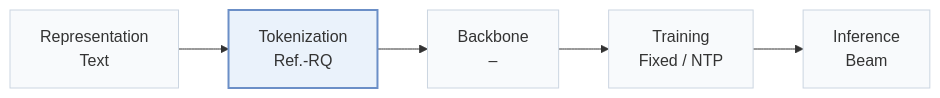
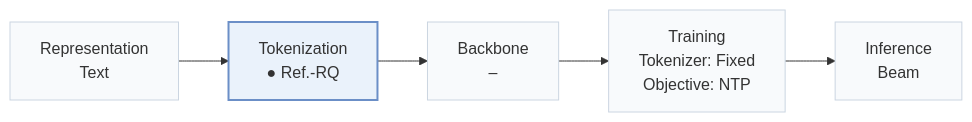
One commit to Galaxy-ghost/Awesome-SID-Generative-Rec changed the first of 2 diagrams in pages/papers/r3-vae.md. Above: the diagram before and after it, drawn with Mermaid. The commit also changed other lines of this file and 558 other files, not shown here.

````diff
--- a/pages/papers/r3-vae.md
+++ b/pages/papers/r3-vae.md
@@ -15,8 +18,8 @@
 ```mermaid
 flowchart LR
-    R["Representation<br/>Text"] --> T["Tokenization<br/>Ref.-RQ"] --> B["Backbone<br/>–"] --> TR["Training<br/>Fixed / NTP"] --> I["Inference<br/>Beam"]
+    R["Representation<br/>Text"] --> T["Tokenization<br/>● Ref.-RQ"] --> B["Backbone<br/>–"] --> TR["Training<br/>Tokenizer: Fixed<br/>Objective: NTP"] --> I["Inference<br/>Beam"]
     classDef base fill:#f8fafc,stroke:#cbd5e1
     class R,T,B,TR,I base
     classDef main fill:#eaf2fb,stroke:#6b8fc7,stroke-width:2px
     class T main
 ```
````
